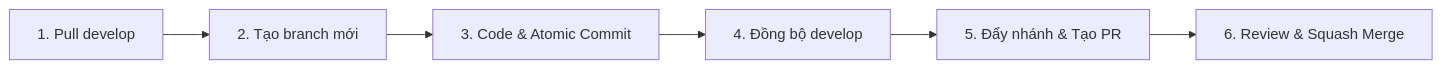
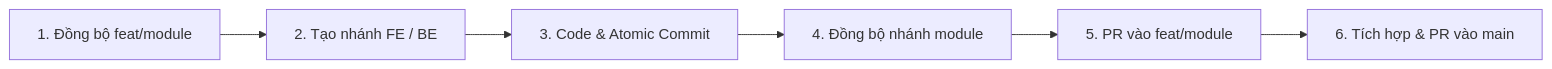
The second of 2 diagrams in README.md (miyxotkem/SE100_DatPhongKhachSan), drawn with Mermaid before and after one commit. The commit also changed other lines of this file and 1 other file, not shown here.

Commit message:
docs(workflow): chuẩn hóa quy chuẩn phân nhánh theo module và cập nhật CI

````diff
--- a/README.md
+++ b/README.md
@@ -181,8 +200,8 @@
 ```mermaid
 graph LR
-    A["1. Pull develop"] --> B["2. Tạo branch mới"]
+    A["1. Đồng bộ feat/module"] --> B["2. Tạo nhánh FE / BE"]
     B --> C["3. Code & Atomic Commit"]
-    C --> D["4. Đồng bộ develop"]
-    D --> E["5. Đẩy nhánh & Tạo PR"]
-    E --> F["6. Review & Squash Merge"]
+    C --> D["4. Đồng bộ nhánh module"]
+    D --> E["5. PR vào feat/module"]
+    E --> F["6. Tích hợp & PR vào main"]
 ```
````
